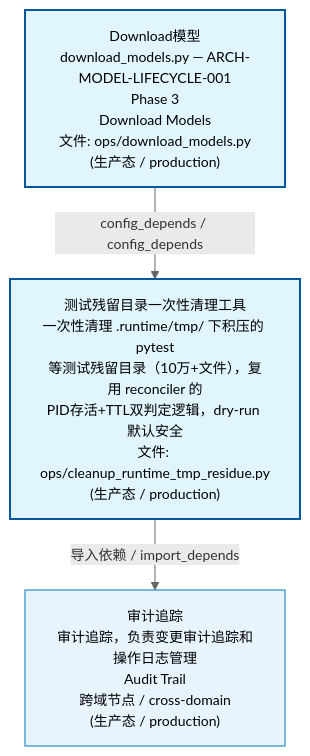
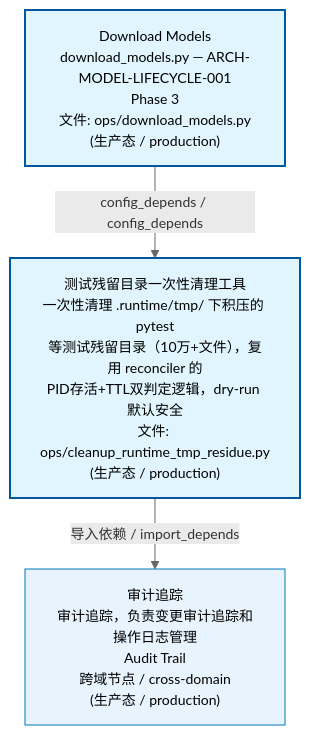
One commit to xuanFelixVan/ZephyrAlpha changed the first of 3 diagrams in docs/02_enterprise_architecture/02_domain_architecture_docs/04_d_infra_ops.md. Above: the diagram before and after it, drawn with Mermaid. The commit also changed other lines of this file and 51 other files, not shown here.

````diff
--- a/docs/02_enterprise_architecture/02_domain_architecture_docs/04_d_infra_ops.md
+++ b/docs/02_enterprise_architecture/02_domain_architecture_docs/04_d_infra_ops.md
@@ -53,15 +53,15 @@
 ```mermaid
 %%{init: {'theme': 'base', 'themeVariables': {'primaryColor': '#eaeaea', 'primaryTextColor': '#333333', 'primaryBorderColor': '#666666', 'lineColor': '#666666', 'secondaryColor': '#eaeaea', 'tertiaryColor': '#eaeaea', 'fontSize': '14px'}}}%%
 flowchart TD
-    scripts_ops_download_models_py["Download模型<br/>download_models.py — ARCH-MODEL-LIFECYCLE-001<br/>Phase 3<br/>Download Models<br/>文件: ops/download_models.py<br/>(生产态 / production)"]
+    scripts_ops_download_models_py["Download Models<br/>download_models.py — ARCH-MODEL-LIFECYCLE-001<br/>Phase 3<br/>文件: ops/download_models.py<br/>(生产态 / production)"]
     scripts_ops_cleanup_runtime_tmp_residue_py["测试残留目录一次性清理工具<br/>一次性清理 .runtime/tmp/ 下积压的 pytest<br/>等测试残留目录（10万+文件），复用 reconciler 的<br/>PID存活+TTL双判定逻辑，dry-run 默认安全<br/>文件: ops/cleanup_runtime_tmp_residue.py<br/>(生产态 / production)"]
     scripts_ops_download_models_py -->|config_depends / config_depends| scripts_ops_cleanup_runtime_tmp_residue_py
     D_GOV_AUDIT["审计追踪<br/>审计追踪，负责变更审计追踪和操作日志管理<br/>Audit Trail<br/>跨域节点 / cross-domain<br/>(生产态 / production)"]
     scripts_ops_cleanup_runtime_tmp_residue_py -->|导入依赖 / import_depends| D_GOV_AUDIT
     classDef production fill:#e1f5fe,stroke:#01579b,stroke-width:2px,color:#000
     classDef design fill:#fff3e0,stroke:#e65100,stroke-width:2px,color:#000,stroke-dasharray: 5 5
     classDef external_prod fill:#e8f4fd,stroke:#0277bd,stroke-width:1px,color:#000
     classDef external_design fill:#fff8e7,stroke:#ef6c00,stroke-width:1px,color:#000,stroke-dasharray: 5 5
     class scripts_ops_cleanup_runtime_tmp_residue_py,scripts_ops_download_models_py production
     class D_GOV_AUDIT external_prod
 ```
````
